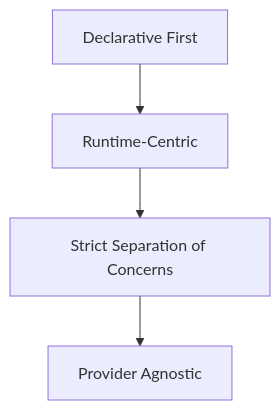
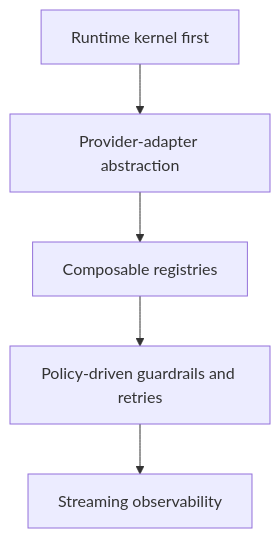
One commit to D15190304050/gundam-core changed the second of 5 diagrams in designs/GUNDAM-core-Architecture.md. Above: the diagram before and after it, drawn with Mermaid. The commit also changed other lines of this file and 63 other files, not shown here.

Commit message:
Correct architecture doc components to match current runtime types

````diff
--- a/designs/GUNDAM-core-Architecture.md
+++ b/designs/GUNDAM-core-Architecture.md
@@ -86,6 +37,7 @@
 ```mermaid
 graph TD
-    A[Declarative First] --> B[Runtime-Centric]
-    B --> C[Strict Separation of Concerns]
-    C --> D[Provider Agnostic]
+    A[Runtime kernel first] --> B[Provider-adapter abstraction]
+    B --> C[Composable registries]
+    C --> D[Policy-driven guardrails and retries]
+    D --> E[Streaming observability]
 ```
````
